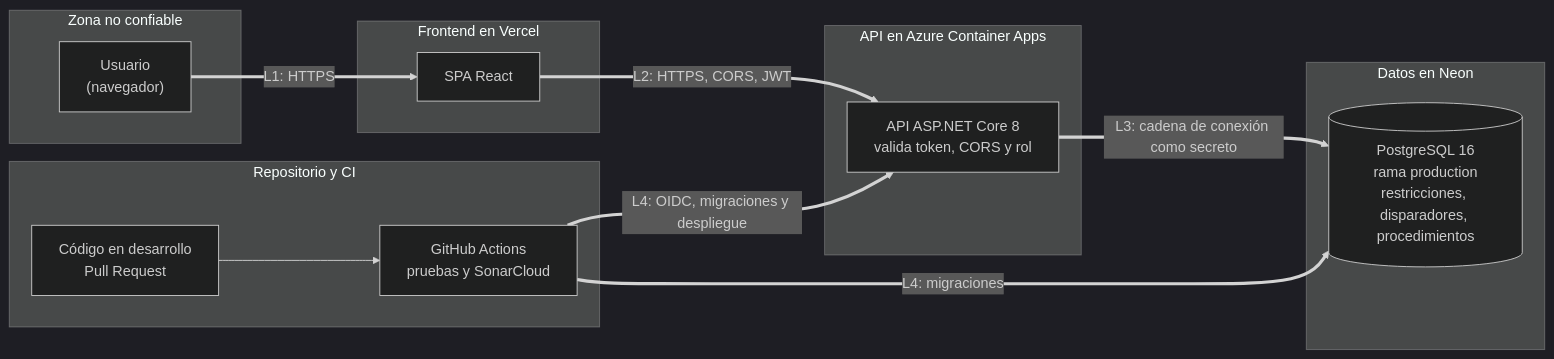
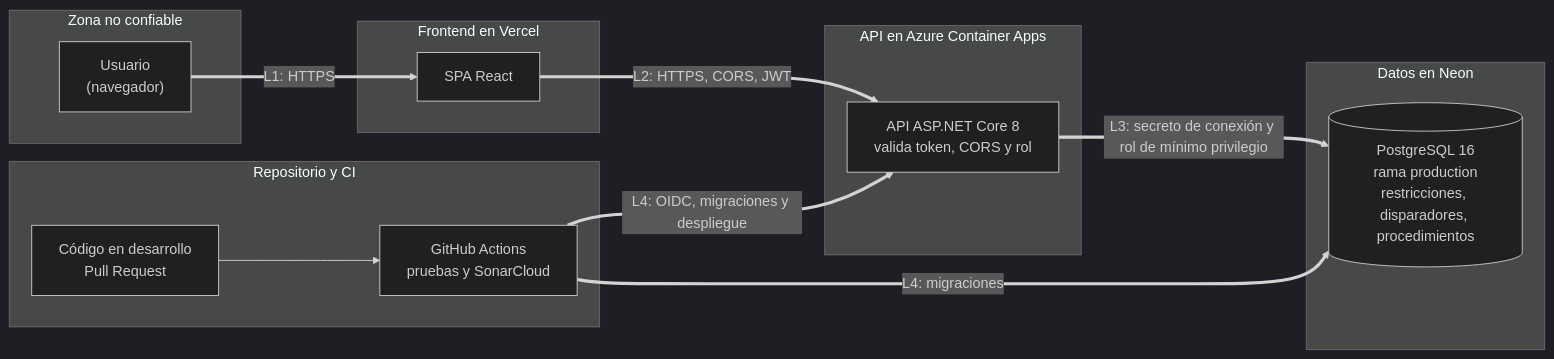
Before and after one commit to DavidsitoPay/erp-contable-delta: the seventh of 7 diagrams in docs/entregable-11-aplicacion-y-manual-de-usuario.md, drawn with Mermaid (dark theme). The commit also changed 1 other file, not shown here.

Commit message:
docs: etiqueta L3 con el rol de mínimo privilegio en el diagrama de límites

````diff
--- a/docs/entregable-11-aplicacion-y-manual-de-usuario.md
+++ b/docs/entregable-11-aplicacion-y-manual-de-usuario.md
@@ -812,25 +812,25 @@
 ```mermaid
 flowchart LR
     subgraph NC["Zona no confiable"]
         U["Usuario<br/>(navegador)"]
     end
     subgraph ZF["Frontend en Vercel"]
         SPA["SPA React"]
     end
     subgraph ZA["API en Azure Container Apps"]
         API["API ASP.NET Core 8<br/>valida token, CORS y rol"]
     end
     subgraph ZD["Datos en Neon"]
         PROD[("PostgreSQL 16<br/>rama production<br/>restricciones, disparadores, procedimientos")]
     end
     subgraph ZR["Repositorio y CI"]
         DEV["Código en desarrollo<br/>Pull Request"]
         CI["GitHub Actions<br/>pruebas y SonarCloud"]
     end
     U ==>|"L1: HTTPS"| SPA
     SPA ==>|"L2: HTTPS, CORS, JWT"| API
-    API ==>|"L3: cadena de conexión como secreto"| PROD
+    API ==>|"L3: secreto de conexión y rol de mínimo privilegio"| PROD
     DEV --> CI
     CI ==>|"L4: OIDC, migraciones y despliegue"| API
     CI ==>|"L4: migraciones"| PROD
 ```
````
